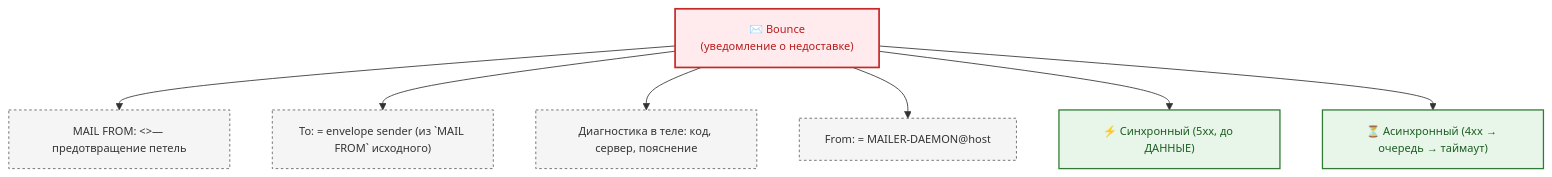
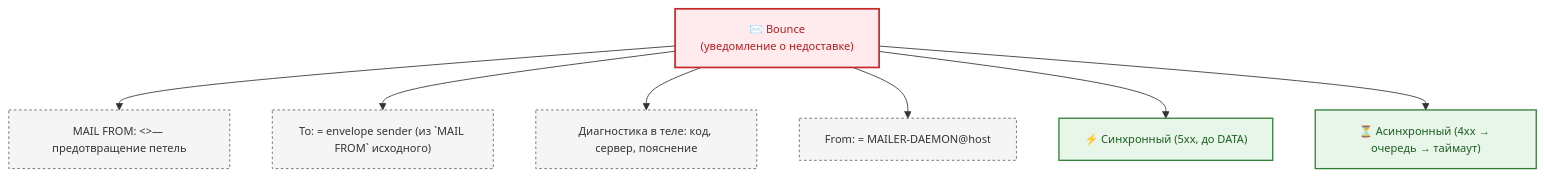
One commit to Spirzen/it-knowledge-base changed the tenth of 10 diagrams in docs/encyclopedia/1-basics/1-22-kommunikatsiya-i-obschenie/3.md. Above: the diagram before and after it, drawn with Mermaid. The commit also changed other lines of this file and 1180 other files, not shown here.

````diff
--- a/docs/encyclopedia/1-basics/1-22-kommunikatsiya-i-obschenie/3.md
+++ b/docs/encyclopedia/1-basics/1-22-kommunikatsiya-i-obschenie/3.md
@@ -470,27 +493,27 @@
 ```mermaid
 %%{init: {
   "theme": "default",
   "themeVariables": {
     "fontSize": "13px",
     "fontFamily": "Segoe UI, Tahoma, sans-serif"
   }
 }}%%
 
 flowchart TB
     classDef bounce fill:#ffebee,stroke:#c62828,stroke-width:2px,color:#b71c1c;
     classDef attr fill:#f5f5f5,stroke:#616161,stroke-dasharray: 3 3;
     classDef type fill:#e8f5e9,stroke:#2e7d32,stroke-width:1.5px,color:#1b5e20;
 
     BOUNCE["✉️ Bounce\n(уведомление о недоставке)"]:::bounce
 
     BOUNCE --> A1["MAIL FROM: <>— предотвращение петель"]:::attr
     BOUNCE --> A2["To: = envelope sender (из `MAIL FROM` исходного)"]:::attr
     BOUNCE --> A3["Диагностика в теле: код, сервер, пояснение"]:::attr
     BOUNCE --> A4["From: = MAILER-DAEMON@host"]:::attr
 
-    BOUNCE --> T1["⚡ Синхронный (5xx, до ДАННЫЕ)"]:::type
+    BOUNCE --> T1["⚡ Синхронный (5xx, до DATA)"]:::type
     BOUNCE --> T2["⏳ Асинхронный (4xx → очередь → таймаут)"]:::type
 
     class A1,A2,A3,A4 attr
     class T1,T2 type
 ```
````
